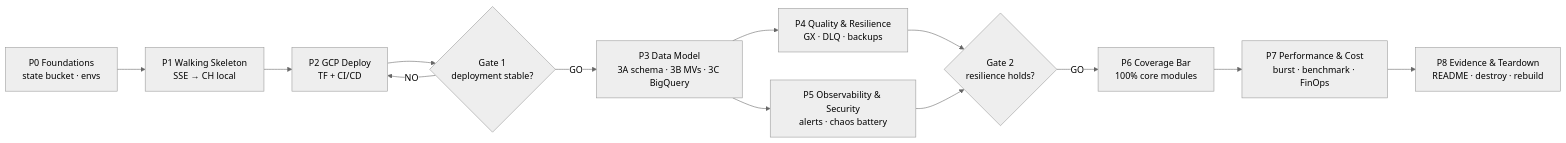
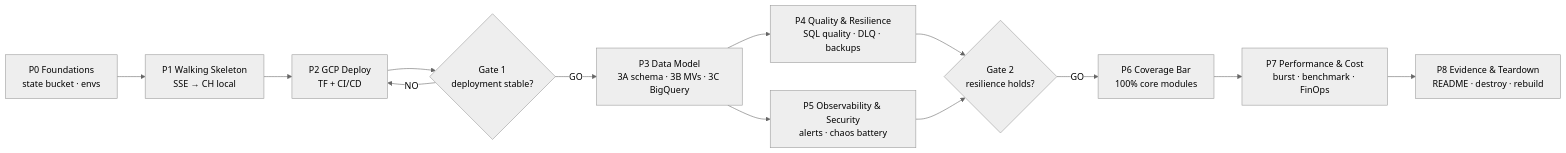
Before and after one commit to AhmedIkram05/WikiStream: the first of 3 diagrams in docs/deep-dives.md, drawn with Mermaid (neutral theme). The commit also changed other lines of this file and 6 other files, not shown here.

````diff
--- a/docs/deep-dives.md
+++ b/docs/deep-dives.md
@@ -7,15 +7,15 @@
 ```mermaid
 flowchart LR
     P0["P0 Foundations<br/>state bucket · envs"] --> P1["P1 Walking Skeleton<br/>SSE → CH local"]
     P1 --> P2["P2 GCP Deploy<br/>TF + CI/CD"]
     P2 --> G1{"Gate 1<br/>deployment stable?"}
     G1 -->|GO| P3["P3 Data Model<br/>3A schema · 3B MVs · 3C BigQuery"]
     G1 -->|NO| P2
-    P3 --> P4["P4 Quality & Resilience<br/>GX · DLQ · backups"]
+    P3 --> P4["P4 Quality & Resilience<br/>SQL quality · DLQ · backups"]
     P3 --> P5["P5 Observability & Security<br/>alerts · chaos battery"]
     P4 --> G2{"Gate 2<br/>resilience holds?"}
     P5 --> G2
     G2 -->|GO| P6["P6 Coverage Bar<br/>100% core modules"]
     P6 --> P7["P7 Performance & Cost<br/>burst · benchmark · FinOps"]
     P7 --> P8["P8 Evidence & Teardown<br/>README · destroy · rebuild"]
 ```
````
